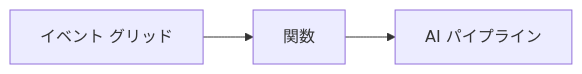
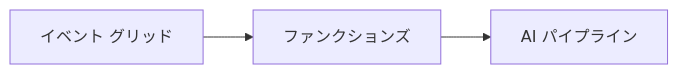
Before and after one commit to microsoft/AZD-for-beginners: the second of 2 diagrams in translations/ja/docs/chapter-08-production/README.md, drawn with Mermaid. The commit also changed other lines of this file and 3 other files, not shown here.

````diff
--- a/translations/ja/docs/chapter-08-production/README.md
+++ b/translations/ja/docs/chapter-08-production/README.md
@@ -57,4 +57,4 @@
 ```mermaid
 graph LR
-    EventGrid[イベント グリッド] --> Functions[関数] --> Pipeline[AI パイプライン]
+    EventGrid[イベント グリッド] --> Functions[ファンクションズ] --> Pipeline[AI パイプライン]
 ```
````
